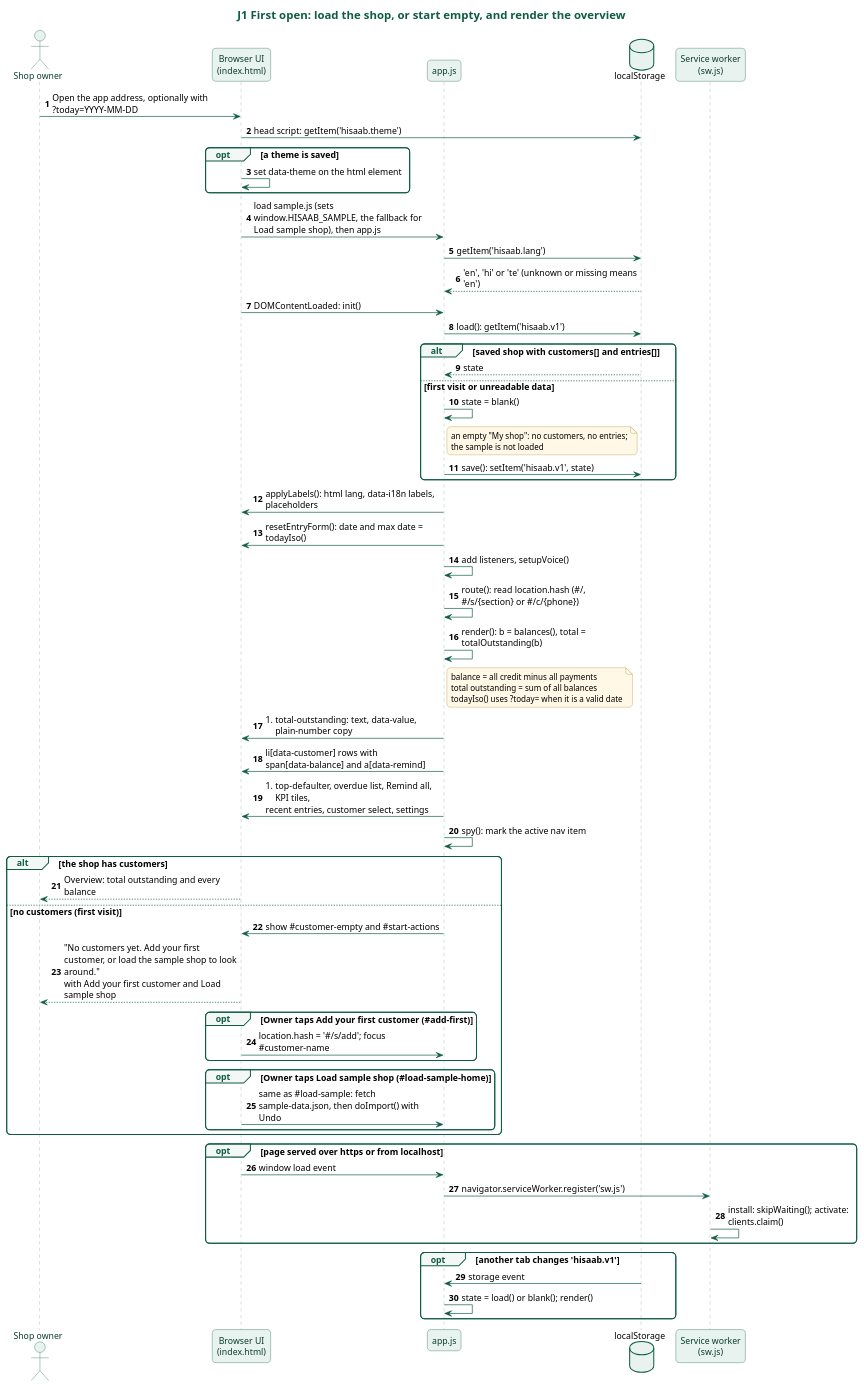
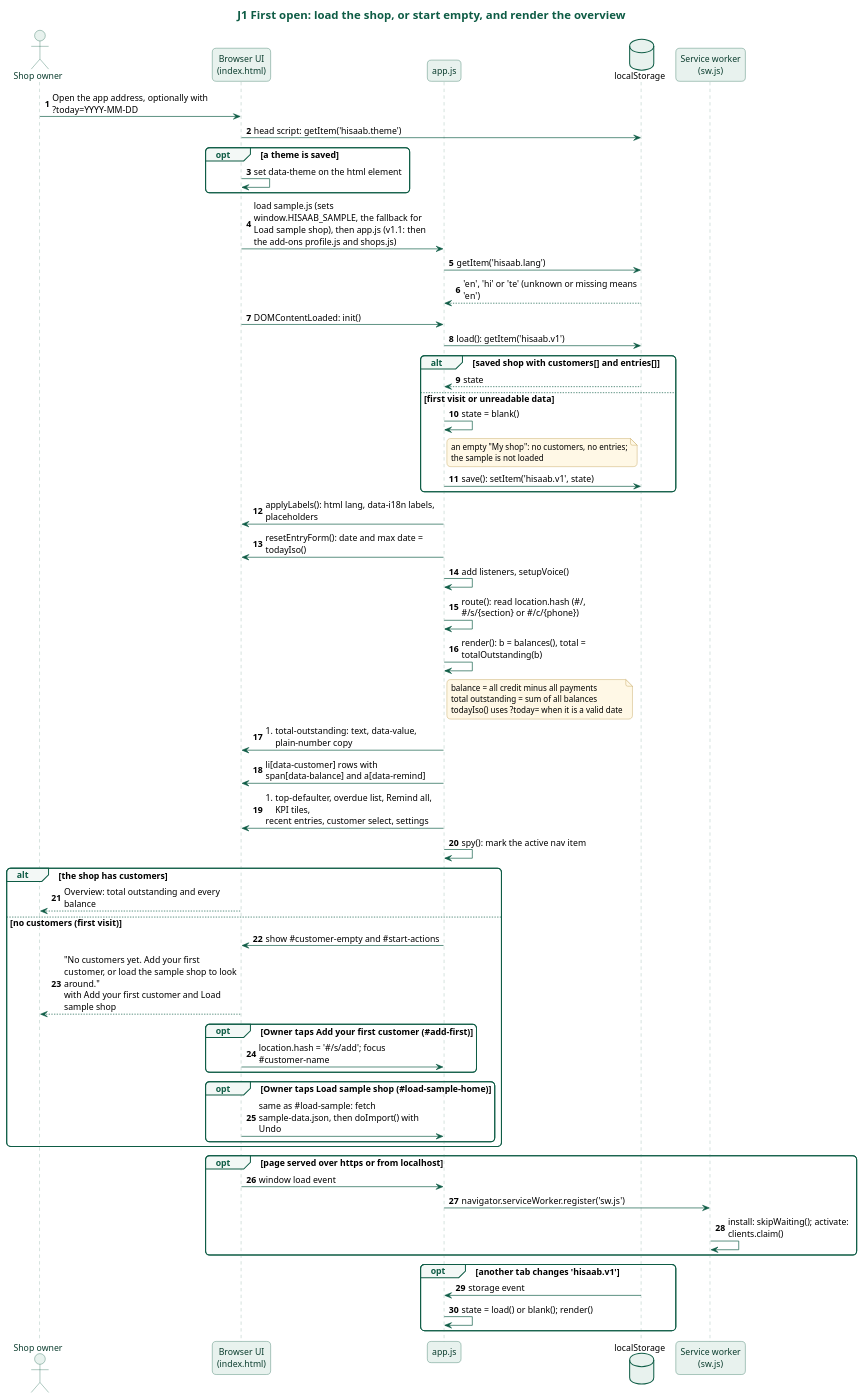
One commit to karwasanjay007/hisaab-docs changed the diagram in docs/diagrams/j1-first-open.puml. Above: the diagram before and after it, drawn with PlantUML. The commit also changed 5 other files, not shown here.

First line of the commit message:
Diagrams for version 1.1.0.0: J1 loads the add-ons, J6 statement carries the shop profile, J9 cache hisaab-v3 with the new files

```diff
--- a/docs/diagrams/j1-first-open.puml
+++ b/docs/diagrams/j1-first-open.puml
@@ -1,98 +1,98 @@
 @startuml j1-first-open
 title J1 First open: load the shop, or start empty, and render the overview
 skinparam backgroundColor white
 skinparam defaultFontName "Noto Sans"
 skinparam defaultFontSize 13
 skinparam roundCorner 12
 skinparam shadowing false
 skinparam maxMessageSize 260
 skinparam titleFontSize 17
 skinparam titleFontColor #0E5C45
 skinparam sequenceMessageAlign left
 skinparam responseMessageBelowArrow true
 skinparam sequence {
   ArrowColor #0E5C45
   LifeLineBorderColor #7FA89A
   LifeLineBackgroundColor #E8F2EE
   ParticipantBorderColor #0E5C45
   ParticipantBackgroundColor #E8F2EE
   ParticipantFontColor #0B3D2E
   ActorBorderColor #0E5C45
   ActorBackgroundColor #E8F2EE
   ActorFontColor #0B3D2E
   GroupBorderColor #0E5C45
   GroupHeaderFontColor #0E5C45
   GroupBackgroundColor #F3F8F6
   DividerBorderColor #0E5C45
   DividerBackgroundColor #E8F2EE
   DividerFontColor #0B3D2E
   BoxBorderColor #0E5C45
 }
 skinparam database {
   BorderColor #0E5C45
   BackgroundColor #E8F2EE
 }
 skinparam note {
   BorderColor #B08A2E
   BackgroundColor #FFF8E6
   FontSize 12
 }
 actor "Shop owner" as Owner
 participant "Browser UI\n(index.html)" as UI
 participant "app.js" as App
 database "localStorage" as LS
 participant "Service worker\n(sw.js)" as SW
 autonumber
 Owner -> UI : Open the app address, optionally with ?today=YYYY-MM-DD
 UI -> LS : head script: getItem('hisaab.theme')
 opt a theme is saved
   UI -> UI : set data-theme on the html element
 end
-UI -> App : load sample.js (sets window.HISAAB_SAMPLE, the fallback for Load sample shop), then app.js
+UI -> App : load sample.js (sets window.HISAAB_SAMPLE, the fallback for Load sample shop), then app.js (v1.1: then the add-ons profile.js and shops.js)
 App -> LS : getItem('hisaab.lang')
 LS --> App : 'en', 'hi' or 'te' (unknown or missing means 'en')
 UI -> App : DOMContentLoaded: init()
 App -> LS : load(): getItem('hisaab.v1')
 alt saved shop with customers[] and entries[]
   LS --> App : state
 else first visit or unreadable data
   App -> App : state = blank()
   note right of App : an empty "My shop": no customers, no entries;\nthe sample is not loaded
   App -> LS : save(): setItem('hisaab.v1', state)
 end
 App -> UI : applyLabels(): html lang, data-i18n labels, placeholders
 App -> UI : resetEntryForm(): date and max date = todayIso()
 App -> App : add listeners, setupVoice()
 App -> App : route(): read location.hash (#/, #/s/{section} or #/c/{phone})
 App -> App : render(): b = balances(), total = totalOutstanding(b)
 note right of App
   balance = all credit minus all payments
   total outstanding = sum of all balances
   todayIso() uses ?today= when it is a valid date
 end note
 App -> UI : #total-outstanding: text, data-value, plain-number copy
 App -> UI : li[data-customer] rows with span[data-balance] and a[data-remind]
 App -> UI : #top-defaulter, overdue list, Remind all, KPI tiles,\nrecent entries, customer select, settings
 App -> App : spy(): mark the active nav item
 alt the shop has customers
   UI --> Owner : Overview: total outstanding and every balance
 else no customers (first visit)
   App -> UI : show #customer-empty and #start-actions
   UI --> Owner : "No customers yet. Add your first customer, or load the sample shop to look around."\nwith Add your first customer and Load sample shop
   opt Owner taps Add your first customer (#add-first)
     UI -> App : location.hash = '#/s/add'; focus #customer-name
   end
   opt Owner taps Load sample shop (#load-sample-home)
     UI -> App : same as #load-sample: fetch sample-data.json, then doImport() with Undo
   end
 end
 opt page served over https or from localhost
   UI -> App : window load event
   App -> SW : navigator.serviceWorker.register('sw.js')
   SW -> SW : install: skipWaiting(); activate: clients.claim()
 end
 opt another tab changes 'hisaab.v1'
   LS -> App : storage event
   App -> App : state = load() or blank(); render()
 end
 @enduml
```
